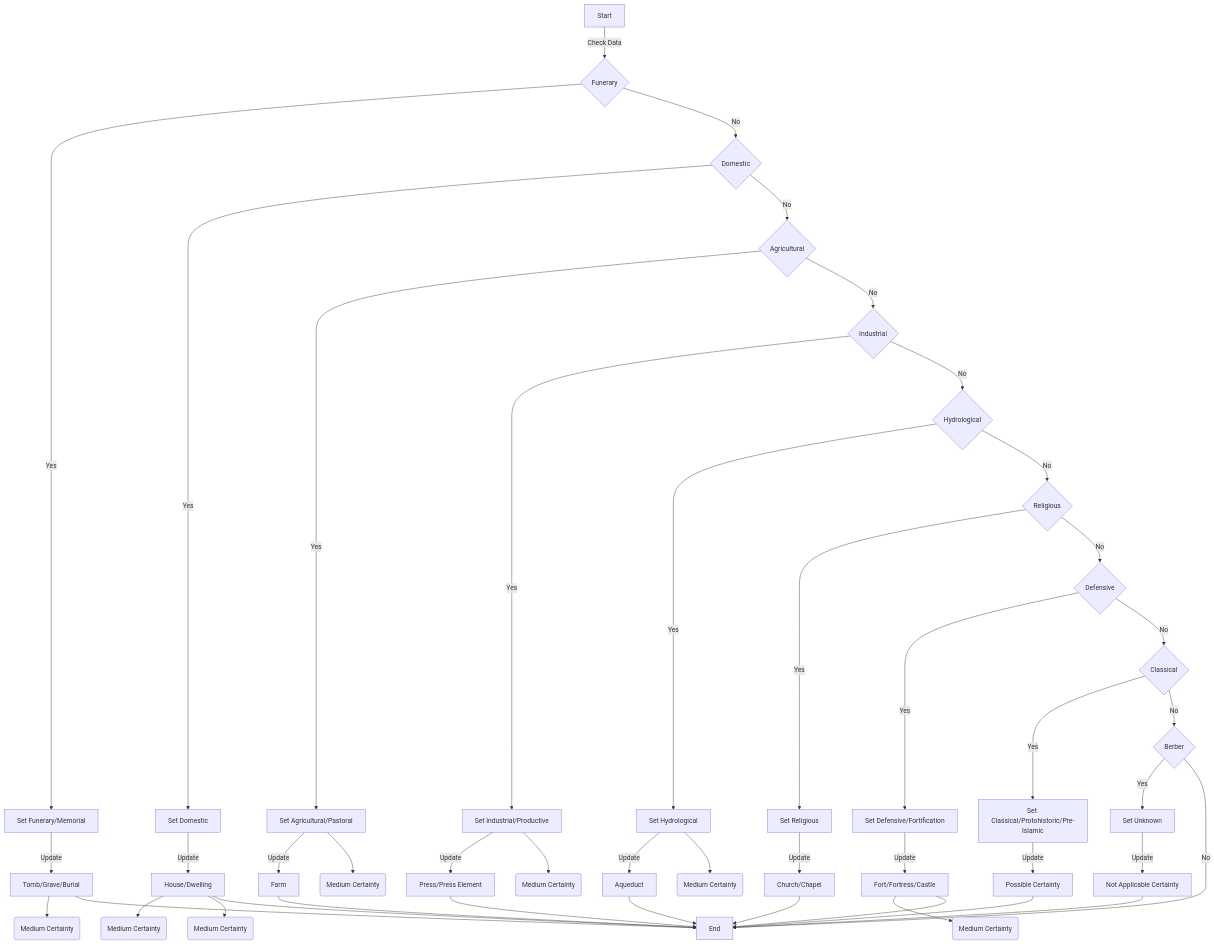
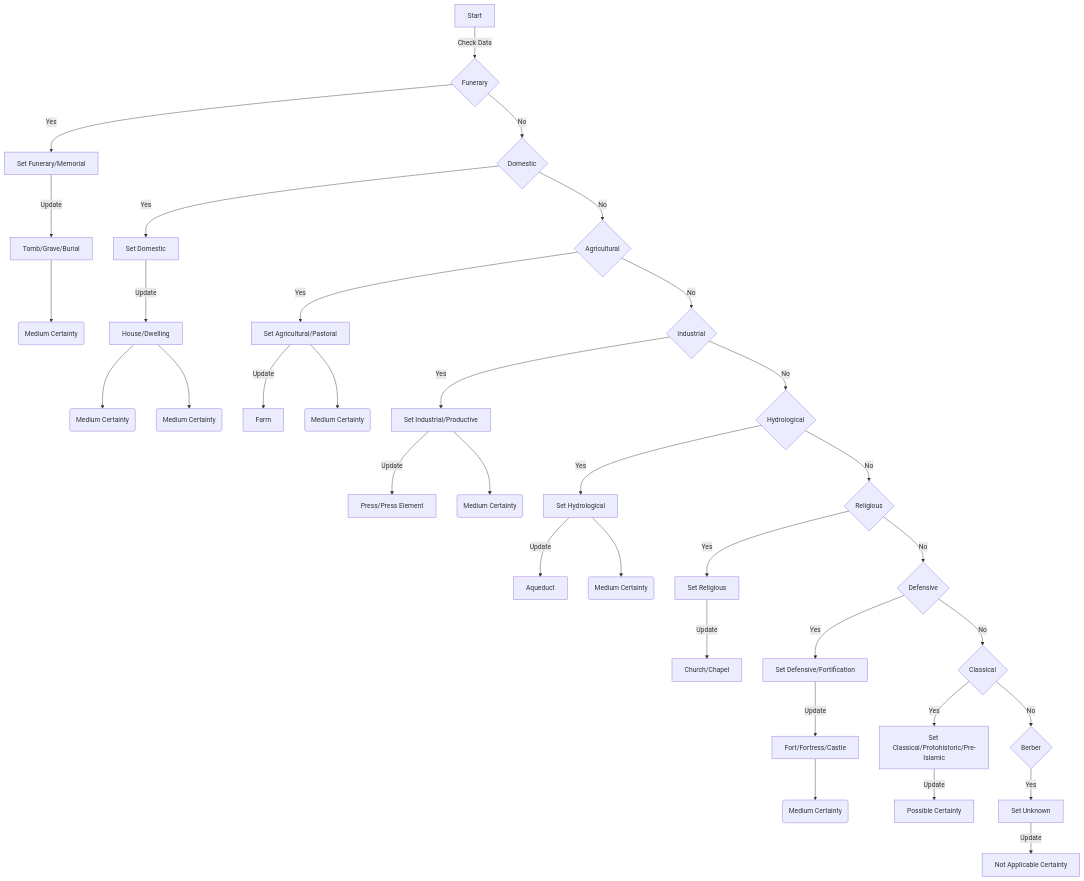
Before and after one commit to eamena-project/eamena-arches-dev: the second of 3 diagrams in projects/aaa/temp.md, drawn with Mermaid. The commit also changed other lines of this file, not shown here.

````diff
--- a/projects/aaa/temp.md
+++ b/projects/aaa/temp.md
@@ -42,47 +42,37 @@
 ```mermaid
 graph TD
     A[Start] -->|Check Data| B{Funerary}
     B -->|Yes| C[Set Funerary/Memorial]
     B -->|No| D{Domestic}
     C -->|Update| E[Tomb/Grave/Burial]
 	E --> EZ(Medium Certainty)
     D -->|Yes| F[Set Domestic]
     D -->|No| G{Agricultural}
     F -->|Update| H[House/Dwelling]
 	H --> HZ(Medium Certainty)
     G -->|Yes| I[Set Agricultural/Pastoral]
     G -->|No| J{Industrial}
     I -->|Update| K[Farm]
 	I --> IZ(Medium Certainty)
     J -->|Yes| L[Set Industrial/Productive]
     J -->|No| M{Hydrological}
     L -->|Update| N[Press/Press Element]
 	L --> LZ(Medium Certainty)
     M -->|Yes| O[Set Hydrological]
     M -->|No| P{Religious}
     O -->|Update| Q[Aqueduct]
 	O --> OZ(Medium Certainty)
     P -->|Yes| R[Set Religious]
     P -->|No| S{Defensive}
     R -->|Update| T[Church/Chapel]
 	H --> TZ(Medium Certainty)
     S -->|Yes| U[Set Defensive/Fortification]
     S -->|No| V{Classical}
     U -->|Update| W[Fort/Fortress/Castle]
 	W --> WZ(Medium Certainty)
     V -->|Yes| X[Set Classical/Protohistoric/Pre-Islamic]
     V -->|No| Y{Berber}
     X -->|Update| Z[Possible Certainty]
     Y -->|Yes| AA[Set Unknown]
-    Y -->|No| AB[End]
     AA -->|Update| AC[Not Applicable Certainty]
-    E --> AB
-    H --> AB
-    K --> AB
-    N --> AB
-    Q --> AB
-    T --> AB
-    W --> AB
-    Z --> AB
-    AC --> AB
 ```
````
